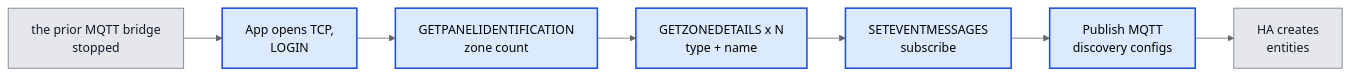
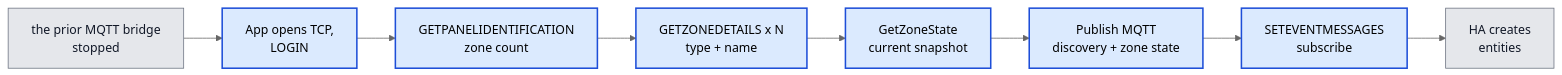
One commit to michaelmarconi/texecom_alarm changed the third of 6 diagrams in docs/architecture.md. Above: the diagram before and after it, drawn with Mermaid (neutral theme). The commit also changed other lines of this file, not shown here.

Commit message:
docs(architecture): fold ADR-006 zone-state snapshot into startup/reconnect flows

````diff
--- a/docs/architecture.md
+++ b/docs/architecture.md
@@ -209,15 +222,16 @@
 ```mermaid
 flowchart LR
     Stop["the prior MQTT bridge<br/>stopped"]:::external
     Open["App opens TCP,<br/>LOGIN"]:::owned
     Ident["GETPANELIDENTIFICATION<br/>zone count"]:::owned
     Loop["GETZONEDETAILS x N<br/>type + name"]:::owned
+    Snap["GetZoneState<br/>current snapshot"]:::owned
+    Pub["Publish MQTT<br/>discovery + zone state"]:::owned
     Sub["SETEVENTMESSAGES<br/>subscribe"]:::owned
-    Pub["Publish MQTT<br/>discovery configs"]:::owned
     HAEnt["HA creates<br/>entities"]:::external
 
-    Stop --> Open --> Ident --> Loop --> Sub --> Pub --> HAEnt
+    Stop --> Open --> Ident --> Loop --> Snap --> Pub --> Sub --> HAEnt
 
     classDef owned fill:#dbeafe,stroke:#1d4ed8,stroke-width:2px
     classDef external fill:#e5e7eb,stroke:#6b7280,color:#111827
 ```
````
